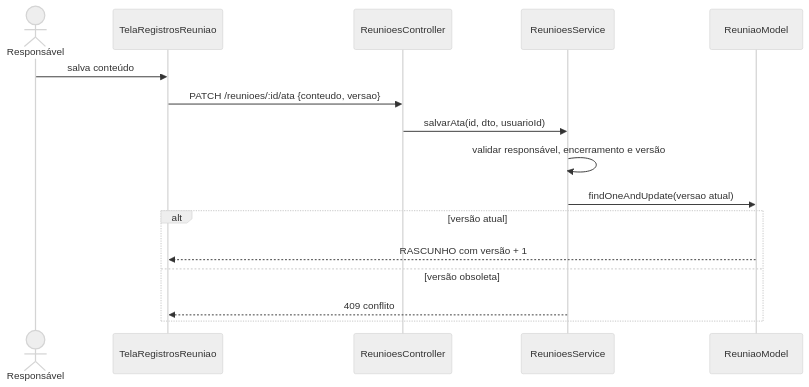
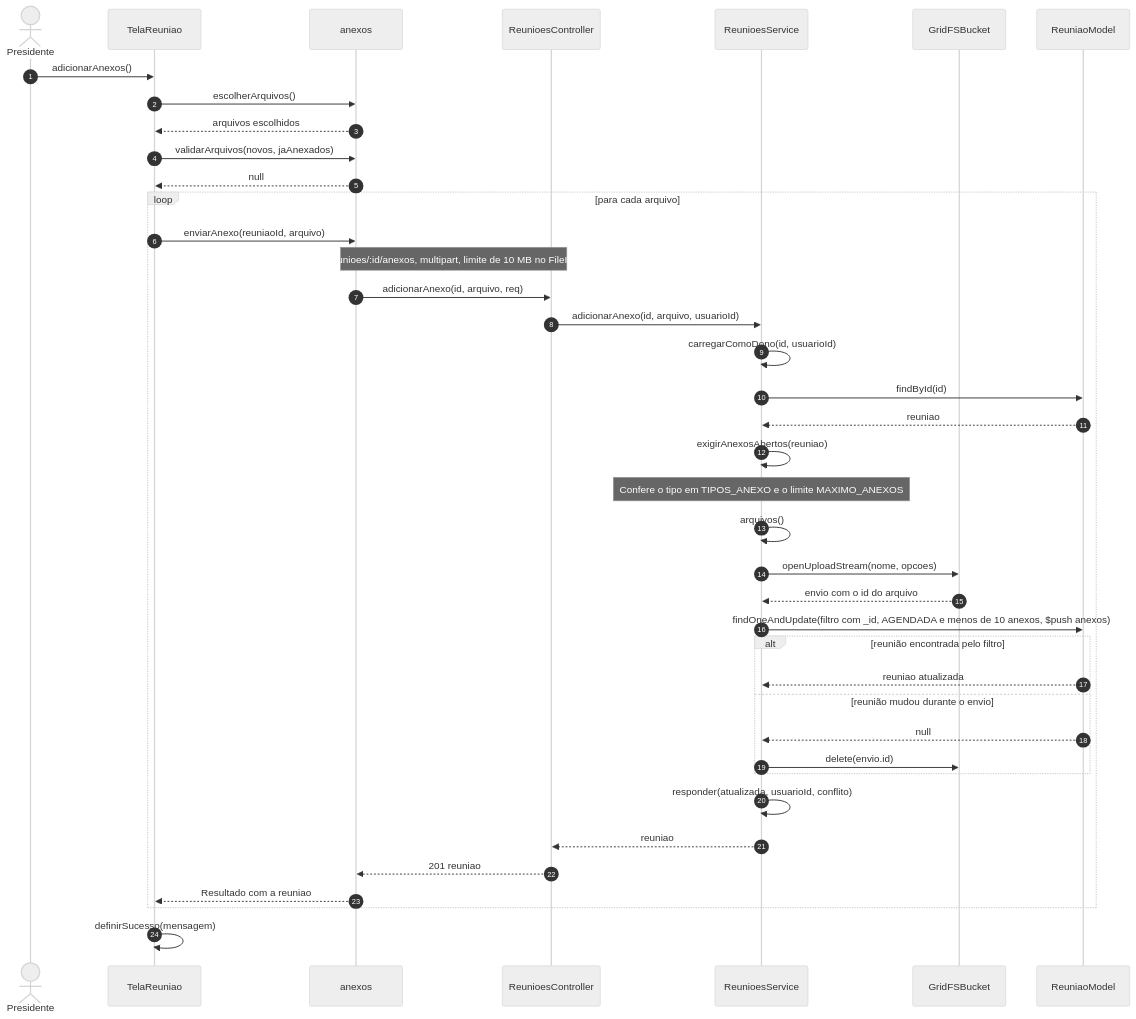
Before and after one commit to Conecta-IFSP/DOCUMENTATION: diagram 11 of 13 in 3 - Incremento2/reunioes/6 - diagramas-sequencia-reunioes.md, drawn with Mermaid (neutral theme). The commit also changed other lines of this file and 26 other files, not shown here.

Commit message:
Ata de reunião e ajustes pedidos pelo professor

````diff
--- a/3 - Incremento2/reunioes/6 - diagramas-sequencia-reunioes.md
+++ b/3 - Incremento2/reunioes/6 - diagramas-sequencia-reunioes.md
@@ -166,18 +356,42 @@
 ```mermaid
 sequenceDiagram
-    actor U as Responsável
-    participant T as TelaRegistrosReuniao
+    autonumber
+    actor U as Presidente
+    participant T as TelaReuniao
+    participant X as anexos
     participant C as ReunioesController
     participant S as ReunioesService
+    participant G as GridFSBucket
     participant M as ReuniaoModel
-    U->>T: salva conteúdo
-    T->>C: PATCH /reunioes/:id/ata {conteudo, versao}
-    C->>S: salvarAta(id, dto, usuarioId)
-    S->>S: validar responsável, encerramento e versão
-    S->>M: findOneAndUpdate(versao atual)
-    alt versão atual
-        M-->>T: RASCUNHO com versão + 1
-    else versão obsoleta
-        S-->>T: 409 conflito
+    U->>T: adicionarAnexos()
+    T->>X: escolherArquivos()
+    X-->>T: arquivos escolhidos
+    T->>X: validarArquivos(novos, jaAnexados)
+    X-->>T: null
+    loop para cada arquivo
+        T->>X: enviarAnexo(reuniaoId, arquivo)
+        Note over X,C: POST /reunioes/:id/anexos, multipart, limite de 10 MB no FileInterceptor
+        X->>C: adicionarAnexo(id, arquivo, req)
+        C->>S: adicionarAnexo(id, arquivo, usuarioId)
+        S->>S: carregarComoDono(id, usuarioId)
+        S->>M: findById(id)
+        M-->>S: reuniao
+        S->>S: exigirAnexosAbertos(reuniao)
+        Note over S: Confere o tipo em TIPOS_ANEXO e o limite MAXIMO_ANEXOS
+        S->>S: arquivos()
+        S->>G: openUploadStream(nome, opcoes)
+        G-->>S: envio com o id do arquivo
+        S->>M: findOneAndUpdate(filtro com _id, AGENDADA e menos de 10 anexos, $push anexos)
+        alt reunião encontrada pelo filtro
+            M-->>S: reuniao atualizada
+        else reunião mudou durante o envio
+            M-->>S: null
+            S->>G: delete(envio.id)
+        end
+        S->>S: responder(atualizada, usuarioId, conflito)
+        S-->>C: reuniao
+        C-->>X: 201 reuniao
+        X-->>T: Resultado com a reuniao
     end
+    T->>T: definirSucesso(mensagem)
 ```
````
